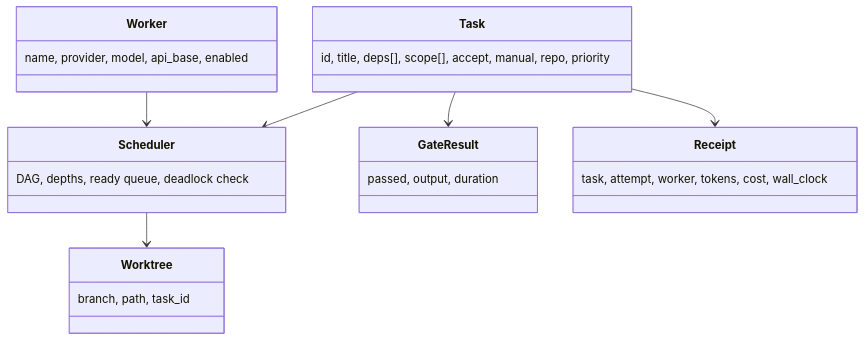
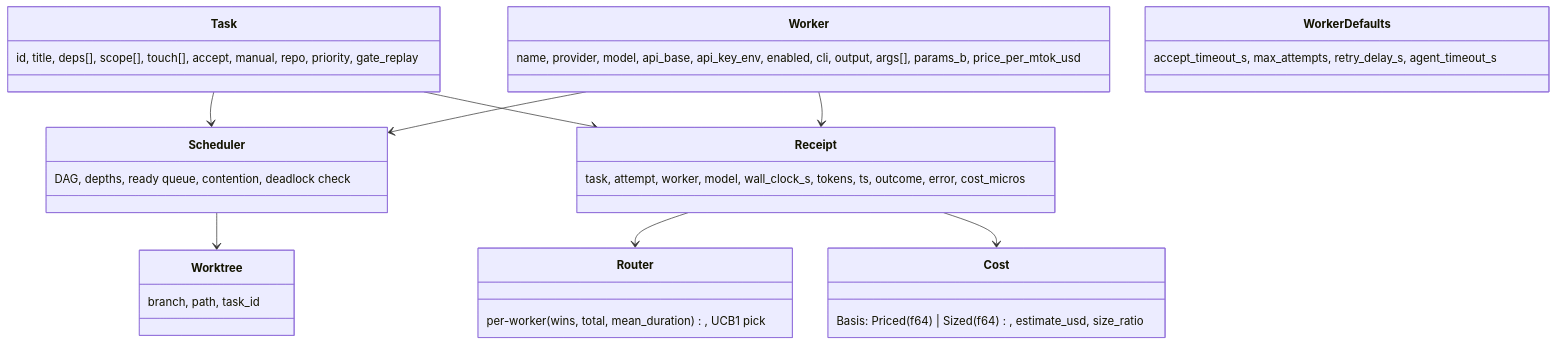
Before and after one commit to tobias-weiss-ai-xr/agentflow: the second of 2 diagrams in docs/arc42/03-context-and-scope.md, drawn with Mermaid. The commit also changed other lines of this file and 11 other files, not shown here.

````diff
--- a/docs/arc42/03-context-and-scope.md
+++ b/docs/arc42/03-context-and-scope.md
@@ -49,14 +66,18 @@
 ```mermaid
 classDiagram
-  class Task { id, title, deps[], scope[], accept, manual, repo, priority }
-  class Worker { name, provider, model, api_base, enabled }
-  class Scheduler { DAG, depths, ready queue, deadlock check }
+  class Task { id, title, deps[], scope[], touch[], accept, manual, repo, priority, gate_replay }
+  class Worker { name, provider, model, api_base, api_key_env, enabled, cli, output, args[], params_b, price_per_mtok_usd }
+  class WorkerDefaults { accept_timeout_s, max_attempts, retry_delay_s, agent_timeout_s }
+  class Scheduler { DAG, depths, ready queue, contention, deadlock check }
   class Worktree { branch, path, task_id }
-  class GateResult { passed, output, duration }
-  class Receipt { task, attempt, worker, tokens, cost, wall_clock }
+  class Receipt { task, attempt, worker, model, wall_clock_s, tokens, ts, outcome, error, cost_micros }
+  class Router { per-worker (wins, total, mean_duration), UCB1 pick }
+  class Cost { Basis: Priced(f64) | Sized(f64), estimate_usd, size_ratio }
   Task --> Scheduler
   Worker --> Scheduler
   Scheduler --> Worktree
-  Task --> GateResult
   Task --> Receipt
+  Worker --> Receipt
+  Receipt --> Router
+  Receipt --> Cost
 ```
````
